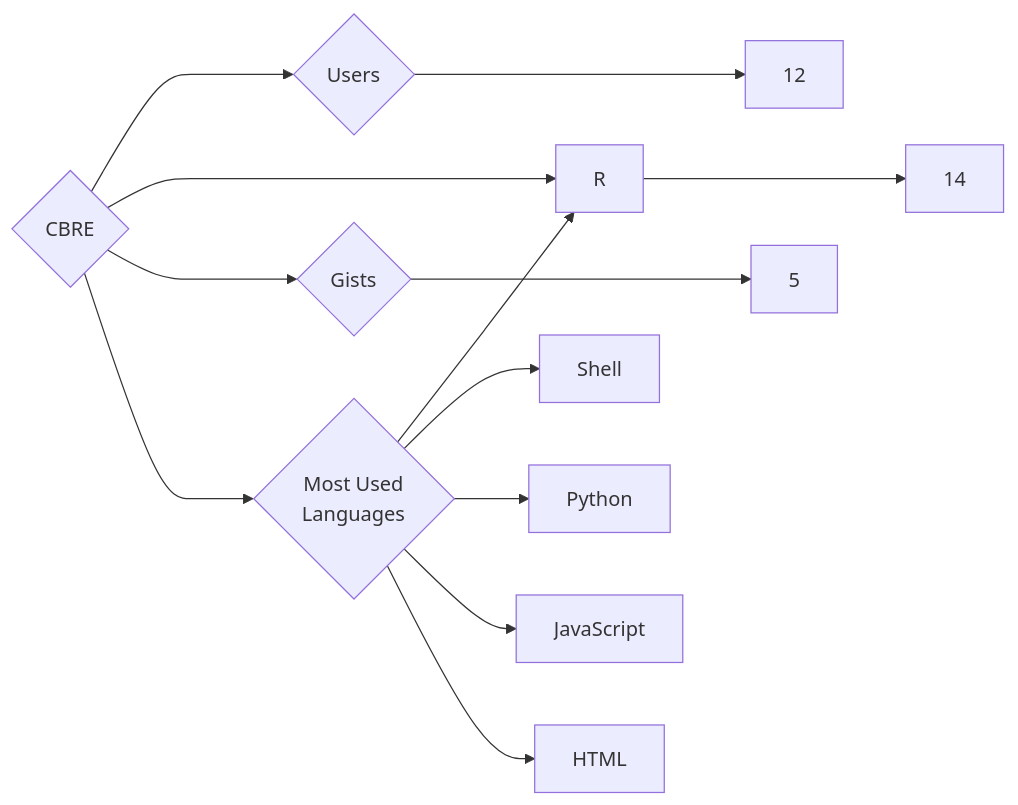
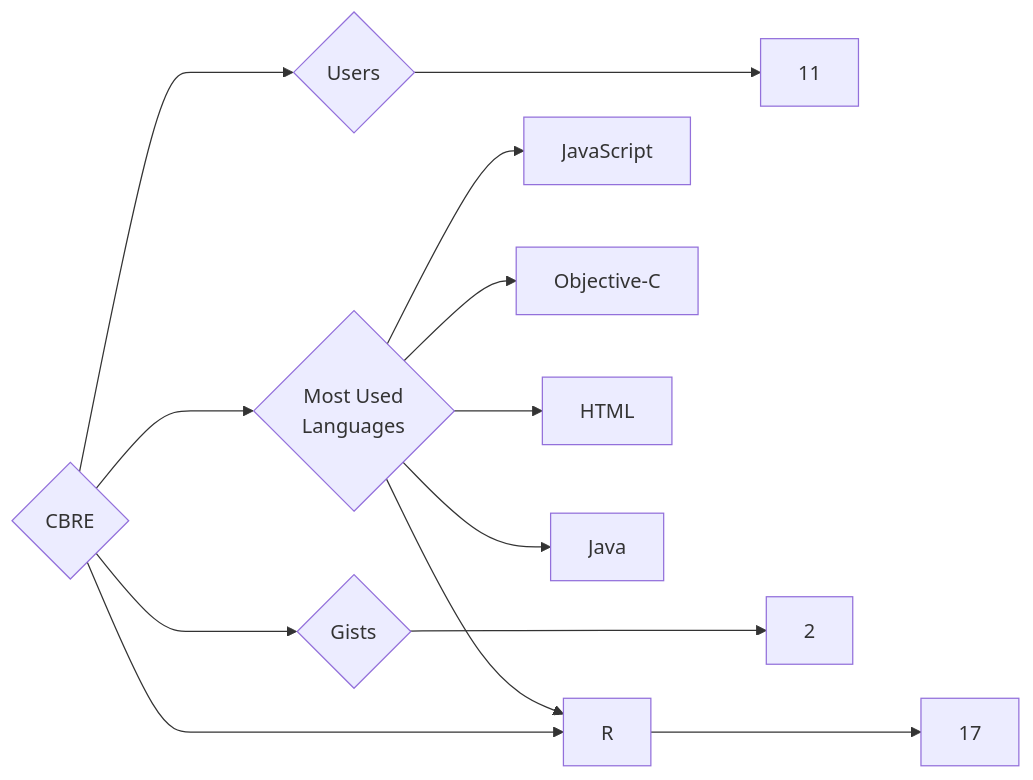
Before and after one commit to trickest/insiders: the diagram in targets/CBRE/README.md, drawn with Mermaid. The commit also changed 718 other files, not shown here.

````diff
--- a/targets/CBRE/README.md
+++ b/targets/CBRE/README.md
@@ -3,13 +3,13 @@
 ```mermaid
 graph LR
 COMPANY_NAME{CBRE}
-COMPANY_NAME ---> U{Users} ---> UN[12]
-COMPANY_NAME ---> R{Repositories} ---> RN[14]
-COMPANY_NAME ---> G{Gists} ---> GN[5]
+COMPANY_NAME ---> U{Users} ---> UN[11]
+COMPANY_NAME ---> R{Repositories} ---> RN[17]
+COMPANY_NAME ---> G{Gists} ---> GN[2]
 COMPANY_NAME ---> ML{Most Used<br>Languages}
+ML --> JavaScript[JavaScript]
+ML --> Objective-C[Objective-C]
 ML --> R[R]
-ML --> Shell[Shell]
-ML --> Python[Python]
-ML --> JavaScript[JavaScript]
 ML --> HTML[HTML]
+ML --> Java[Java]
 ```
````
